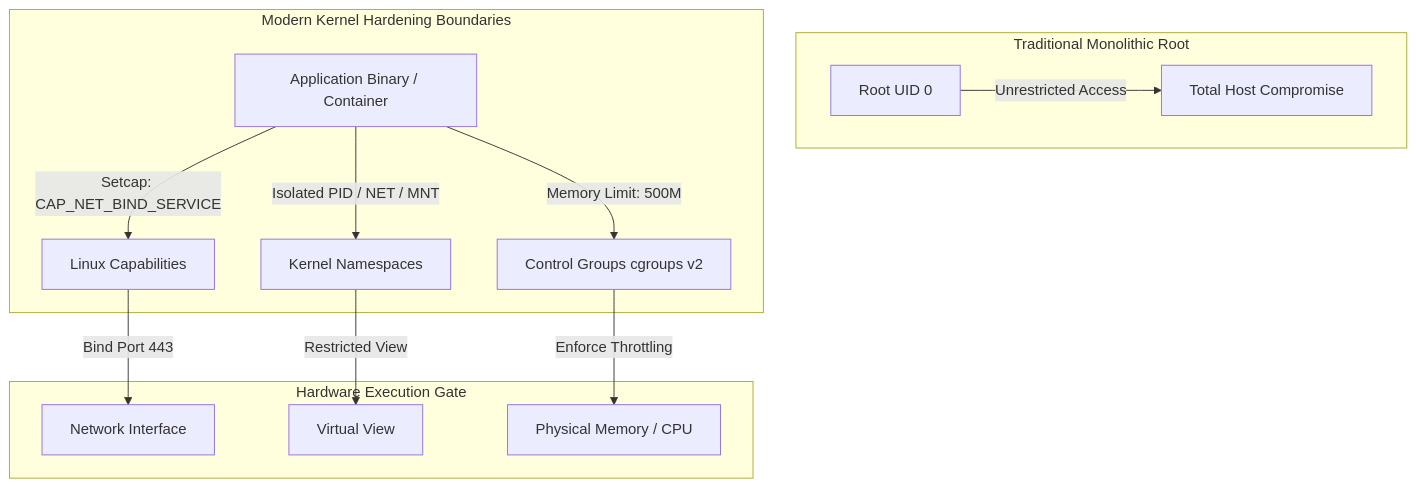
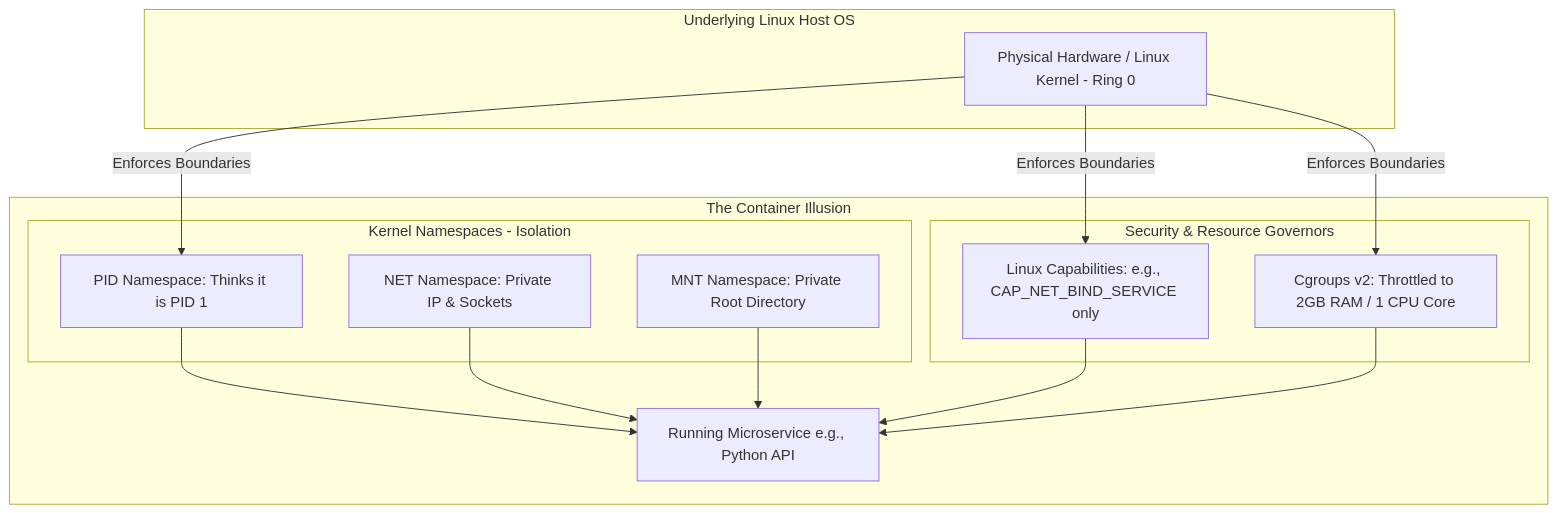
The first of 2 diagrams in output/generated/module-01/lesson-06.md (aloysiuspattath/platform-engineering-ai-course), drawn with Mermaid before and after one commit. The commit also changed other lines of this file and 7 other files, not shown here.

````diff
--- a/output/generated/module-01/lesson-06.md
+++ b/output/generated/module-01/lesson-06.md
@@ -68,24 +91,30 @@
 ```mermaid
 flowchart TD
-    subgraph Traditional Monolithic Root
-        ROOT[Root UID 0] -->|Unrestricted Access| ALL[Total Host Compromise]
+    subgraph HostOS [Underlying Linux Host OS]
+        A[Physical Hardware / Linux Kernel - Ring 0]
     end
 
-    subgraph Modern Kernel Hardening Boundaries
-        APP[Application Binary / Container]
-        
-        SUB_CAP[Linux Capabilities]
-        SUB_NS[Kernel Namespaces]
-        SUB_CG[Control Groups cgroups v2]
+    subgraph ContainerBubble [The Container Illusion]
+        subgraph Namespaces [Kernel Namespaces - Isolation]
+            B[PID Namespace: Thinks it is PID 1]
+            C[NET Namespace: Private IP & Sockets]
+            D[MNT Namespace: Private Root Directory]
+        end
 
-        APP -->|Setcap: CAP_NET_BIND_SERVICE| SUB_CAP
-        APP -->|Isolated PID / NET / MNT| SUB_NS
-        APP -->|Memory Limit: 500M| SUB_CG
+        subgraph SecurityLimits [Security & Resource Governors]
+            E[Linux Capabilities: e.g., CAP_NET_BIND_SERVICE only]
+            F[Cgroups v2: Throttled to 2GB RAM / 1 CPU Core]
+        end
+
+        G[Running Microservice e.g., Python API]
     end
 
-    subgraph Hardware Execution Gate
-        SUB_CAP -->|Bind Port 443| PORT[Network Interface]
-        SUB_NS -->|Restricted View| VFS[Virtual View]
-        SUB_CG -->|Enforce Throttling| RAM[Physical Memory / CPU]
-    end
+    A -->|Enforces Boundaries| B
+    A -->|Enforces Boundaries| E
+    A -->|Enforces Boundaries| F
+    B --> G
+    C --> G
+    D --> G
+    E --> G
+    F --> G
 ```
````
